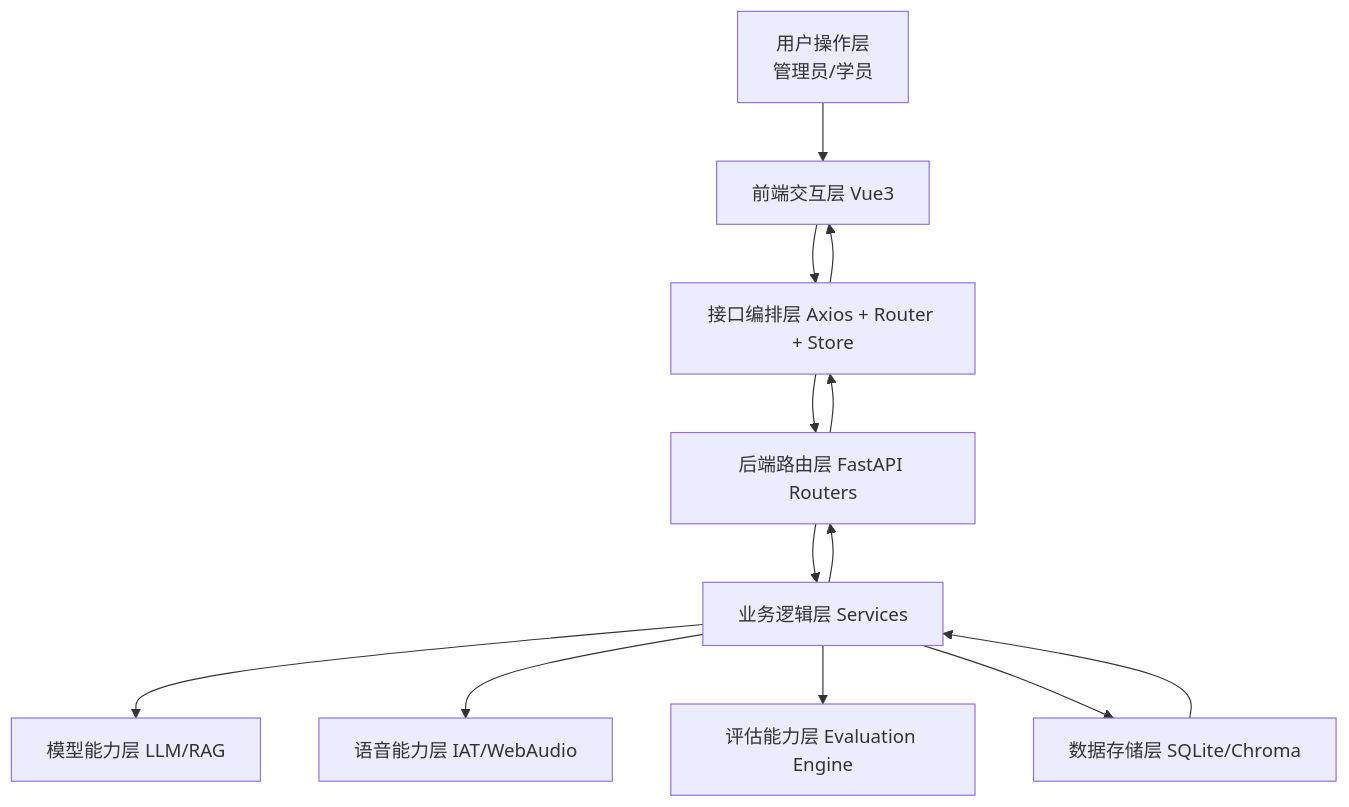
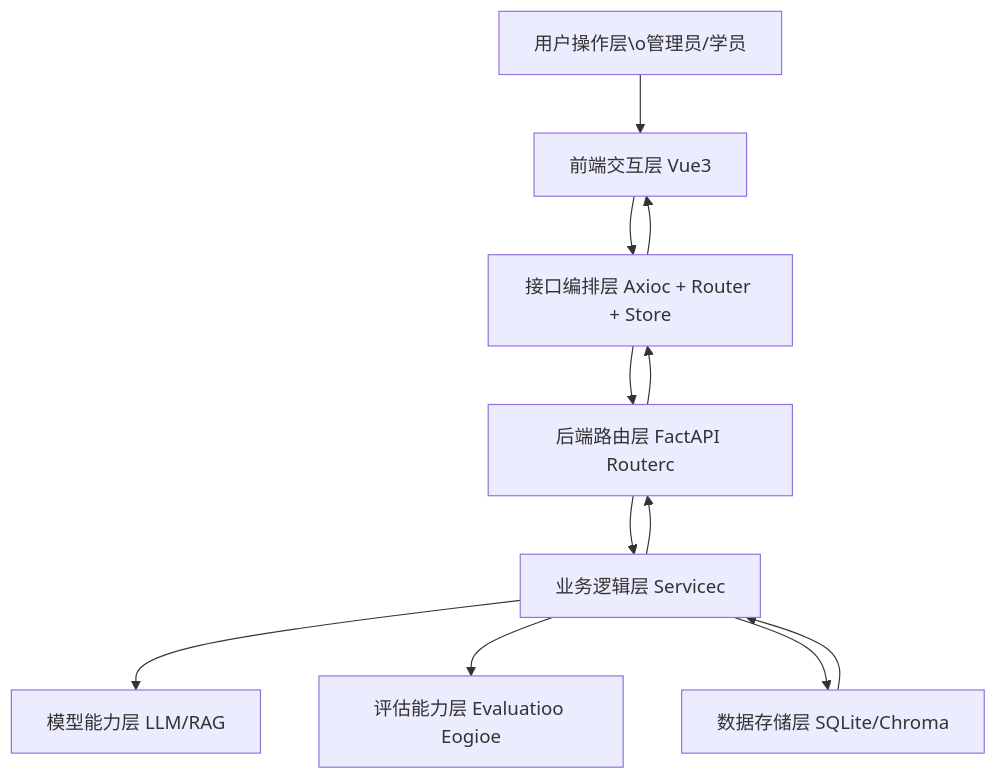
The diagram in docs/交接文档/260601项目情况说明（先看）.md (wululu666906/ai-police-train), drawn with Mermaid before and after one commit. The commit also changed other lines of this file and 77 other files, not shown here.

````diff
--- a/docs/交接文档/260601项目情况说明（先看）.md
+++ b/docs/交接文档/260601项目情况说明（先看）.md
@@ -83,15 +75,14 @@
 ```mermaid
 flowchart TD
-  A[用户操作层\n管理员/学员] --> B[前端交互层 Vue3]
-  B --> C[接口编排层 Axios + Router + Store]
-  C --> D[后端路由层 FastAPI Routers]
-  D --> E[业务逻辑层 Services]
+  A[用户操作层\o管理员/学员] --> B[前端交互层 Vue3]
+  B --> C[接口编排层 Axioc + Router + Store]
+  C --> D[后端路由层 FactAPI Routerc]
+  D --> E[业务逻辑层 Servicec]
   E --> F1[模型能力层 LLM/RAG]
-  E --> F2[语音能力层 IAT/WebAudio]
-  E --> F3[评估能力层 Evaluation Engine]
+  E --> F2[评估能力层 Evaluatioo Eogioe]
   E --> G[数据存储层 SQLite/Chroma]
   G --> E
   E --> D
   D --> C
   C --> B
 ```
````
